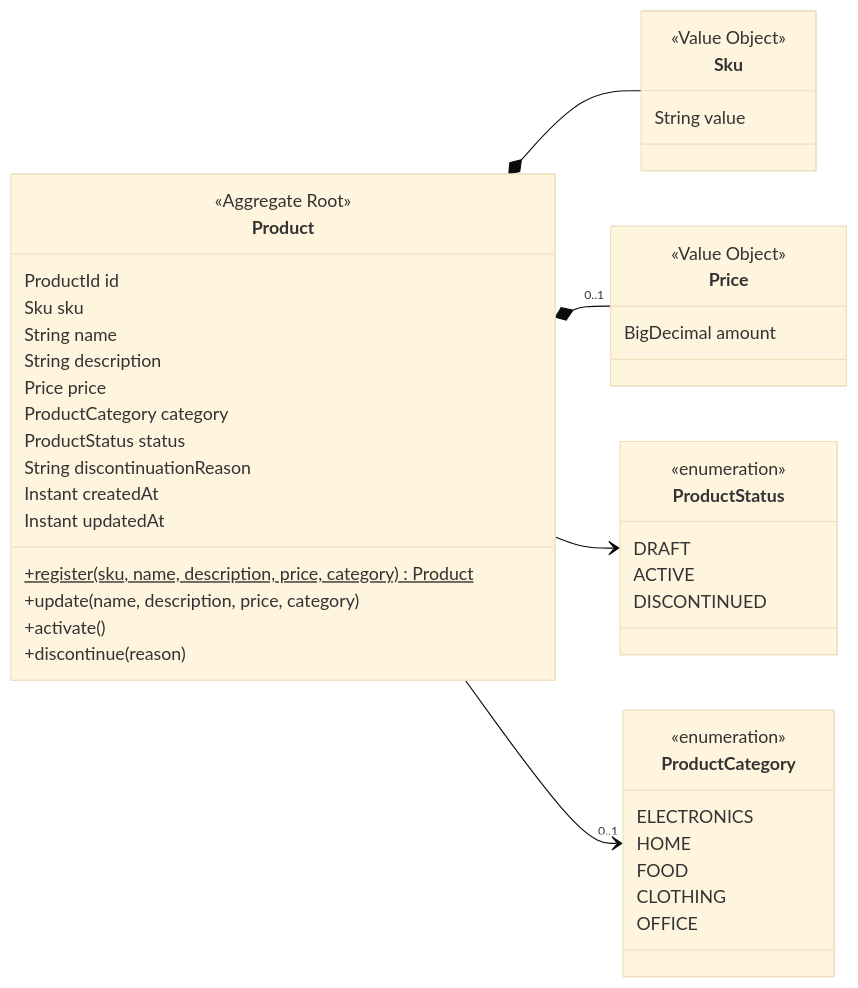
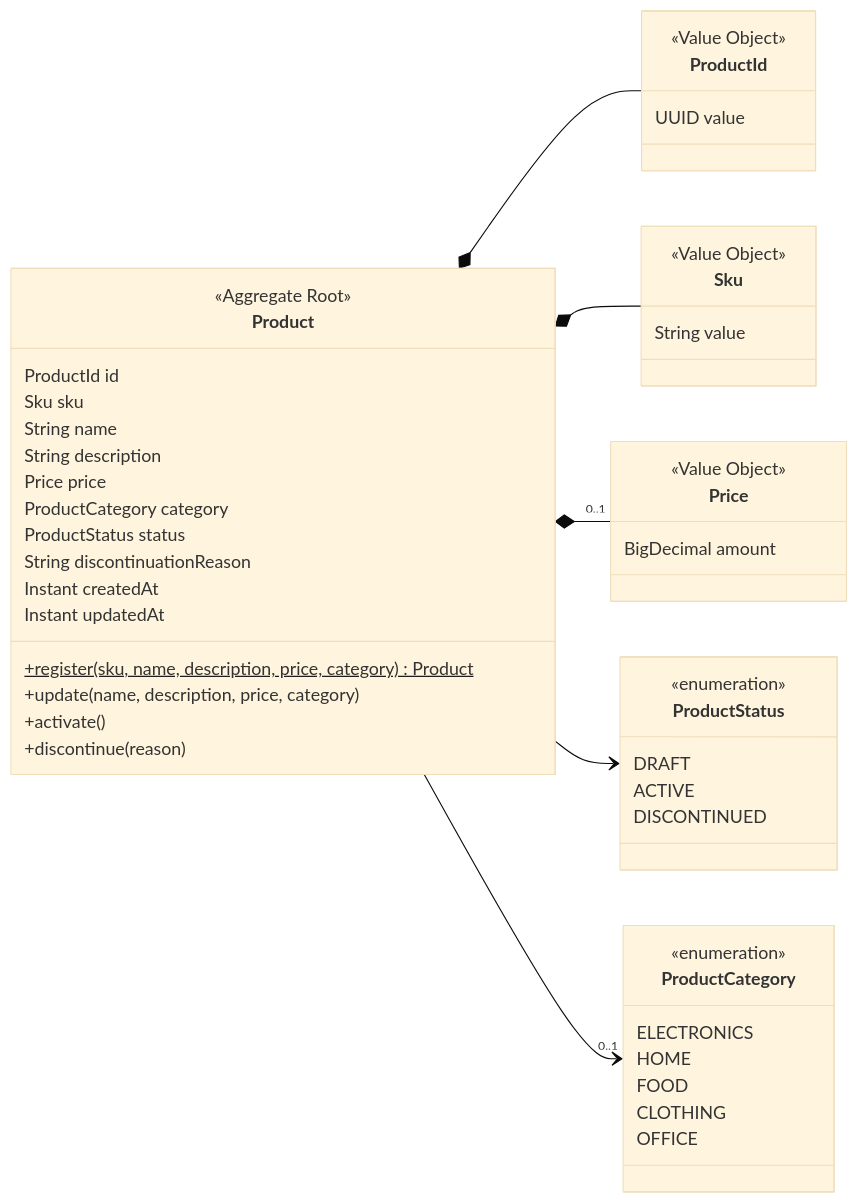
One commit to GalaxyTraining/CURS-000658-AI-SDD-F4 changed the diagram in specs/architecture/domain-model.md. Above: the diagram before and after it, drawn with Mermaid (base theme). The commit also changed other lines of this file and 7 other files, not shown here.

````diff
--- a/specs/architecture/domain-model.md
+++ b/specs/architecture/domain-model.md
@@ -19,53 +20,59 @@
 ```mermaid
 classDiagram
     direction LR
 
     class Product {
         <<Aggregate Root>>
         ProductId id
         Sku sku
         String name
         String description
         Price price
         ProductCategory category
         ProductStatus status
         String discontinuationReason
         Instant createdAt
         Instant updatedAt
         +register(sku, name, description, price, category)$ Product
         +update(name, description, price, category)
         +activate()
         +discontinue(reason)
+    }
+
+    class ProductId {
+        <<Value Object>>
+        UUID value
     }
 
     class Sku {
         <<Value Object>>
         String value
     }
 
     class Price {
         <<Value Object>>
         BigDecimal amount
     }
 
     class ProductStatus {
         <<enumeration>>
         DRAFT
         ACTIVE
         DISCONTINUED
     }
 
     class ProductCategory {
         <<enumeration>>
         ELECTRONICS
         HOME
         FOOD
         CLOTHING
         OFFICE
     }
 
+    Product *-- ProductId
     Product *-- Sku
     Product *-- "0..1" Price
     Product --> ProductStatus
     Product --> "0..1" ProductCategory
 ```
````
